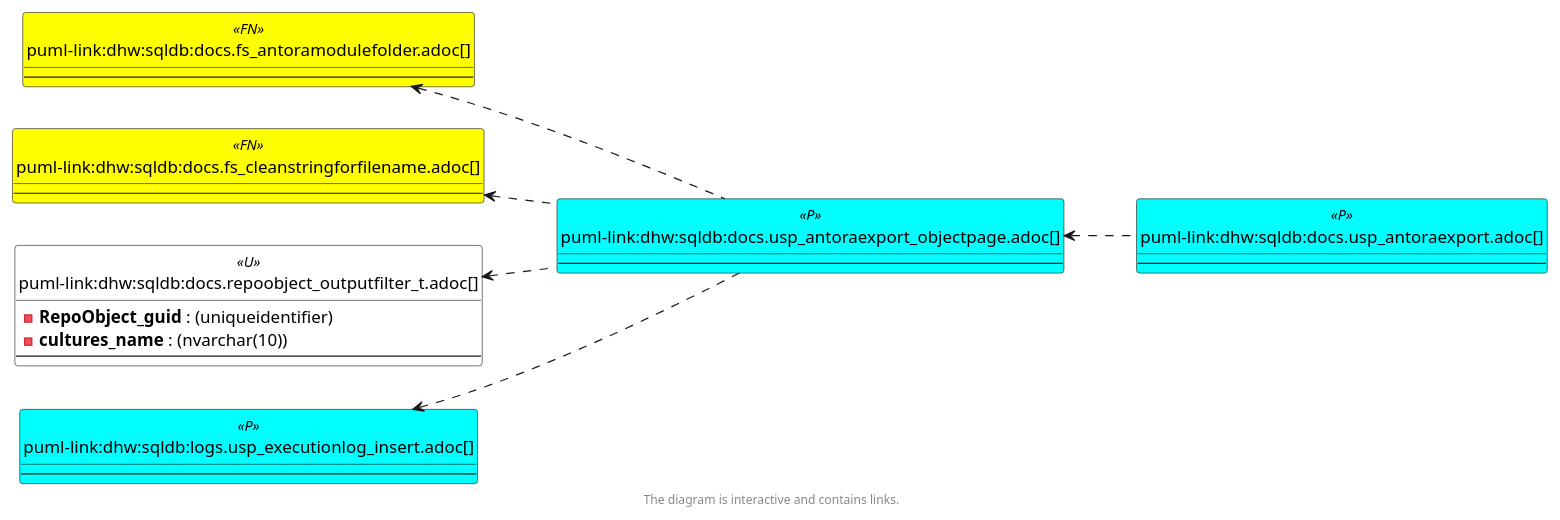
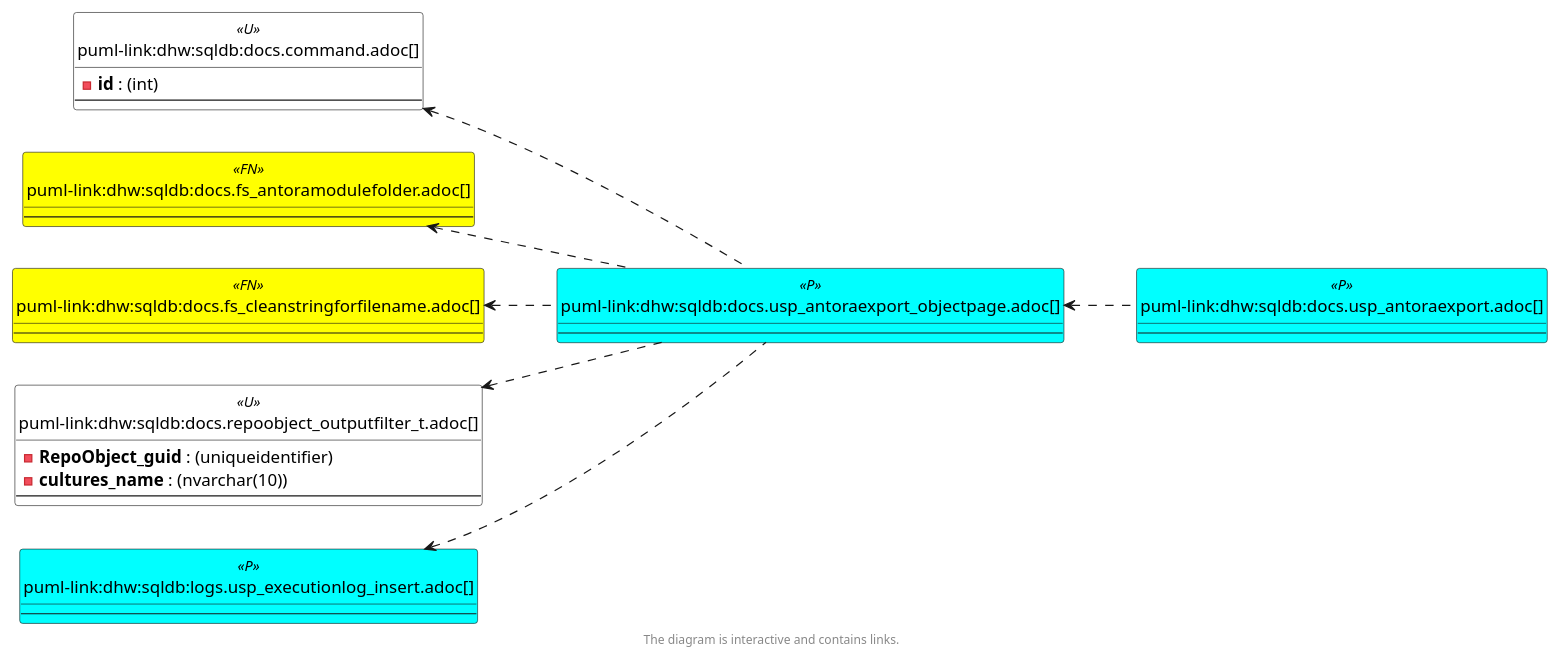
Before and after one commit to DataHandwerk/dhw-antora-sqldb: the third of 6 diagrams in docs/modules/sqldb/partials/content/docs.usp_antoraexport_objectpage.adoc, drawn with PlantUML. The commit also changed other lines of this file and 701 other files, not shown here.

```diff
--- a/docs/modules/sqldb/partials/content/docs.usp_antoraexport_objectpage.adoc
+++ b/docs/modules/sqldb/partials/content/docs.usp_antoraexport_objectpage.adoc
@@ -629,66 +635,72 @@
 [plantuml, entity_1_1_objectref-{docname}, svg, subs=macros]
 ....
 @startuml
 left to right direction
 'top to bottom direction
 hide circle
 'avoide "." issues:
 set namespaceSeparator none
 
 
 skinparam class {
   BackgroundColor White
   BackgroundColor<<FN>> Yellow
   BackgroundColor<<FS>> Yellow
   BackgroundColor<<FT>> LightGray
   BackgroundColor<<IF>> Yellow
   BackgroundColor<<IS>> Yellow
   BackgroundColor<<P>>  Aqua
   BackgroundColor<<PC>> Aqua
   BackgroundColor<<SN>> Yellow
   BackgroundColor<<SO>> SlateBlue
   BackgroundColor<<TF>> LightGray
   BackgroundColor<<TR>> Tomato
   BackgroundColor<<U>>  White
   BackgroundColor<<V>>  WhiteSmoke
   BackgroundColor<<X>>  Aqua
   BackgroundColor<<external>> AliceBlue
 }
 
 
+entity "puml-link:dhw:sqldb:docs.command.adoc[]" as docs.command << U >> {
+  - **id** : (int)
+  --
+}
+
 entity "puml-link:dhw:sqldb:docs.fs_antoramodulefolder.adoc[]" as docs.fs_AntoraModuleFolder << FN >> {
   --
 }
 
 entity "puml-link:dhw:sqldb:docs.fs_cleanstringforfilename.adoc[]" as docs.fs_cleanStringForFilename << FN >> {
   --
 }
 
 entity "puml-link:dhw:sqldb:docs.repoobject_outputfilter_t.adoc[]" as docs.RepoObject_OutputFilter_T << U >> {
   - **RepoObject_guid** : (uniqueidentifier)
   - **cultures_name** : (nvarchar(10))
   --
 }
 
 entity "puml-link:dhw:sqldb:docs.usp_antoraexport.adoc[]" as docs.usp_AntoraExport << P >> {
   --
 }
 
 entity "puml-link:dhw:sqldb:docs.usp_antoraexport_objectpage.adoc[]" as docs.usp_AntoraExport_ObjectPage << P >> {
   --
 }
 
 entity "puml-link:dhw:sqldb:logs.usp_executionlog_insert.adoc[]" as logs.usp_ExecutionLog_insert << P >> {
   --
 }
 
+docs.command <.. docs.usp_AntoraExport_ObjectPage
 docs.fs_AntoraModuleFolder <.. docs.usp_AntoraExport_ObjectPage
 docs.fs_cleanStringForFilename <.. docs.usp_AntoraExport_ObjectPage
 docs.RepoObject_OutputFilter_T <.. docs.usp_AntoraExport_ObjectPage
 docs.usp_AntoraExport_ObjectPage <.. docs.usp_AntoraExport
 logs.usp_ExecutionLog_insert <.. docs.usp_AntoraExport_ObjectPage
 
 footer The diagram is interactive and contains links.
 
 @enduml
 ....
```
